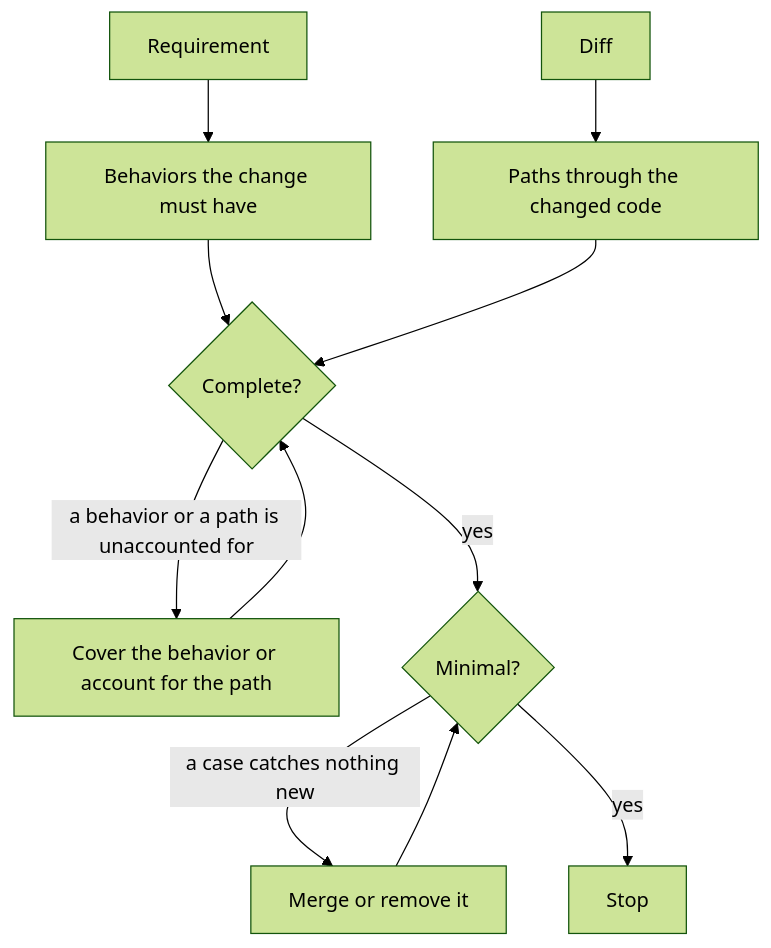
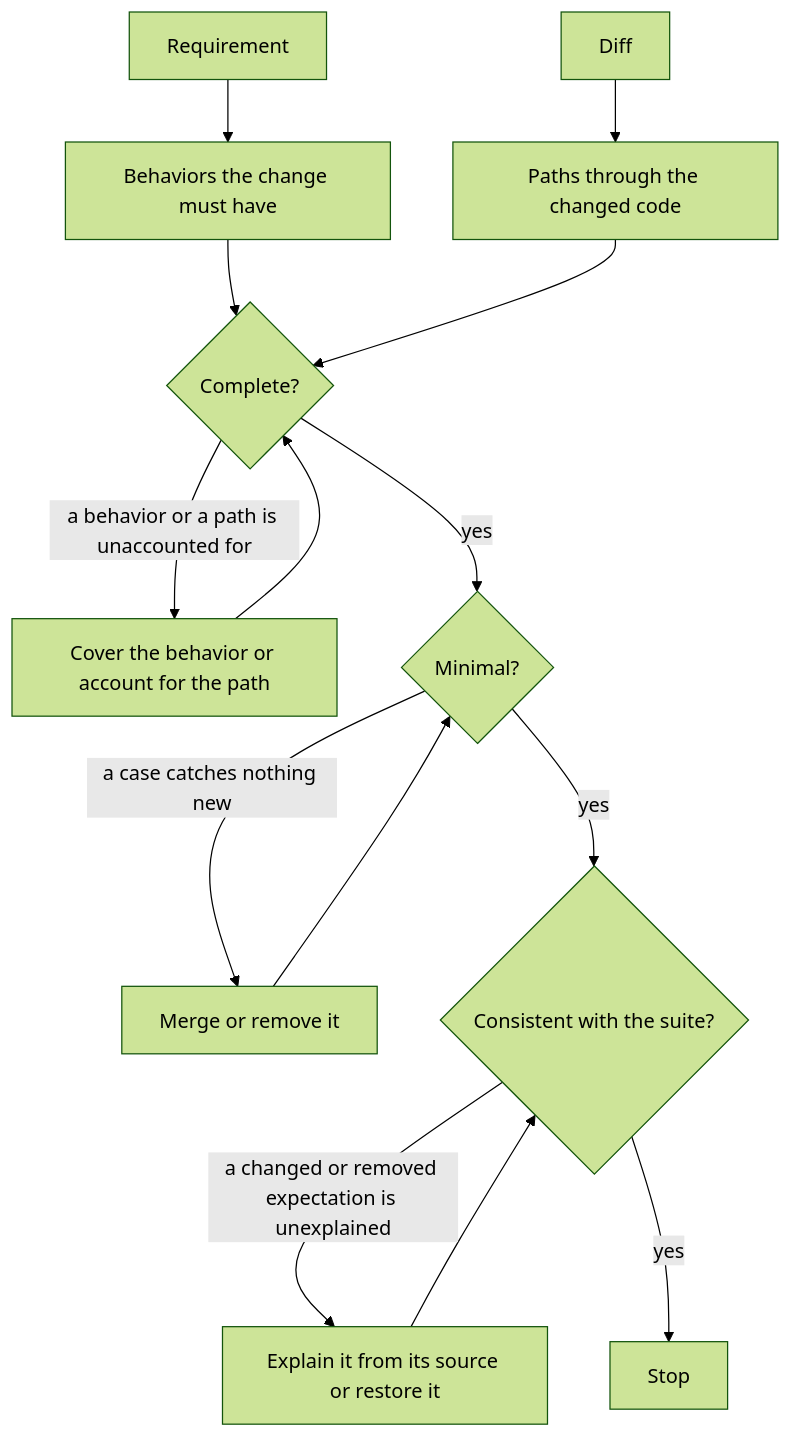
The first of 2 diagrams in README.md (bqp007/concord-skill-lean-testing), drawn with Mermaid (forest theme) before and after one commit. The commit also changed other lines of this file and 1 other file, not shown here.

Commit message:
Maintenance principle: state expectations, let the source decide conflicts, keep surviving checks; narrow README claims

````diff
--- a/README.md
+++ b/README.md
@@ -39,13 +39,16 @@
 ```mermaid
 flowchart TD
     R[Requirement] --> B[Behaviors the change must have]
     D[Diff] --> BR[Paths through the changed code]
     B --> C{Complete?}
     BR --> C
     C -- a behavior or a path is unaccounted for --> T[Cover the behavior or account for the path]
     T --> C
     C -- yes --> M{Minimal?}
     M -- a case catches nothing new --> X[Merge or remove it]
     X --> M
-    M -- yes --> S[Stop]
+    M -- yes --> K{Consistent with the suite?}
+    K -- a changed or removed expectation is unexplained --> J[Explain it from its source or restore it]
+    J --> K
+    K -- yes --> S[Stop]
 ```
````
